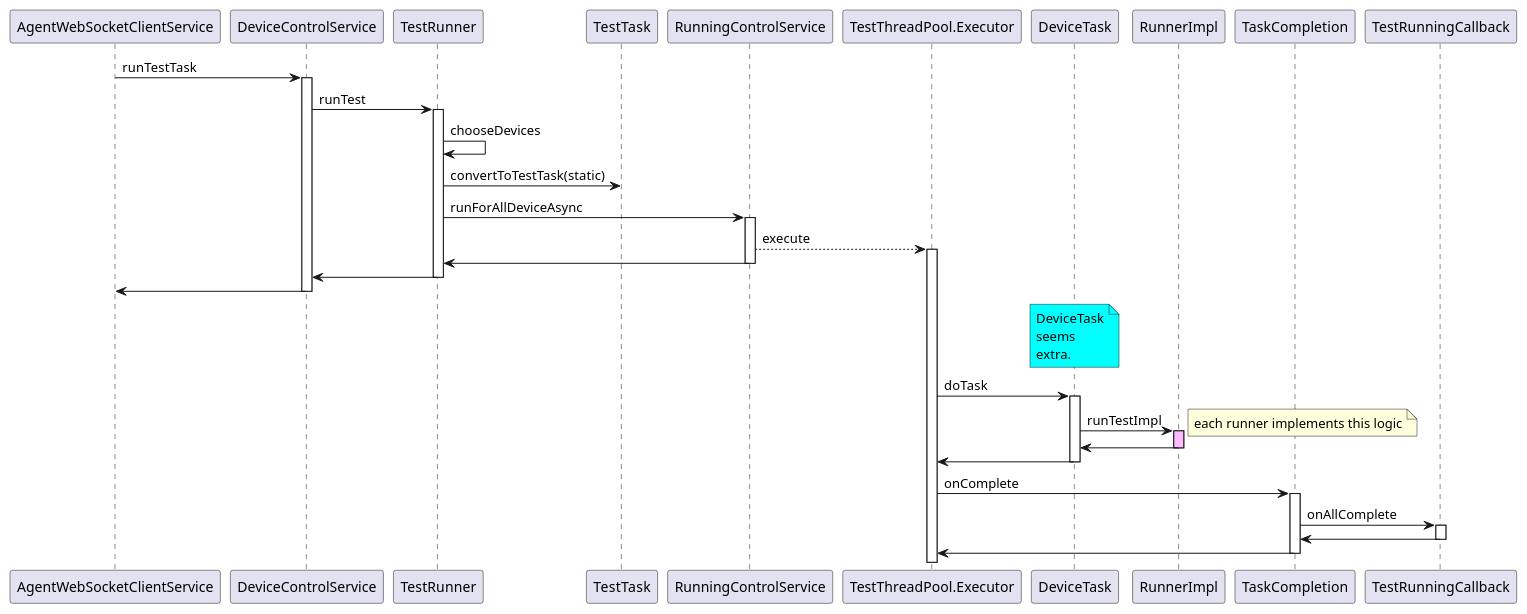
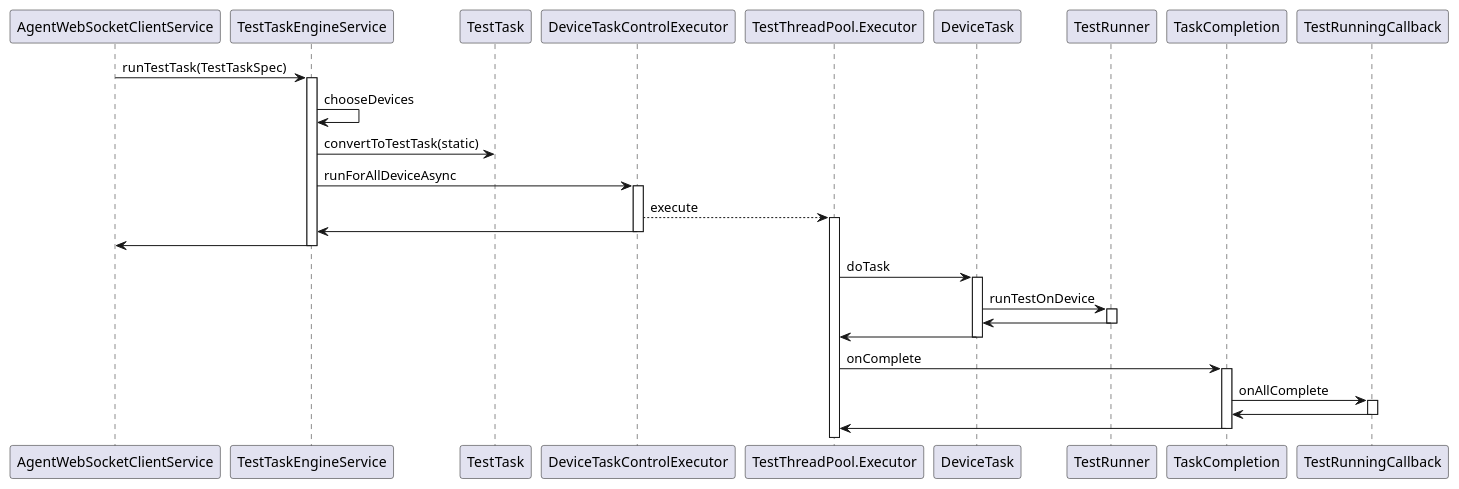
One commit to microsoft/HydraLab changed the second of 6 diagrams in agent/doc/UML/test_runner_design.puml. Above: the diagram before and after it, drawn with PlantUML. The commit also changed other lines of this file and 17 other files, not shown here.

First line of the commit message:
TestRunner refactor round 2, keep decoupling and build test lifecycle: buildDeviceTestTask -> setUp -> run -> tearDown (#181)

```diff
--- a/agent/doc/UML/test_runner_design.puml
+++ b/agent/doc/UML/test_runner_design.puml
@@ -25,57 +23,43 @@
 @startuml running_sequence
-AgentWebSocketClientService -> DeviceControlService :runTestTask
-activate DeviceControlService
+AgentWebSocketClientService -> TestTaskEngineService :runTestTask(TestTaskSpec)
+activate TestTaskEngineService
+TestTaskEngineService -> TestTaskEngineService: chooseDevices
+TestTaskEngineService -> TestTask: convertToTestTask(static)
 
-DeviceControlService -> TestRunner: runTest
-activate TestRunner
+TestTaskEngineService -> DeviceTaskControlExecutor: runForAllDeviceAsync
+activate DeviceTaskControlExecutor
 
-TestRunner -> TestRunner: chooseDevices
-TestRunner -> TestTask: convertToTestTask(static)
-TestRunner -> RunningControlService: runForAllDeviceAsync
-activate RunningControlService
 
-RunningControlService --> TestThreadPool.Executor: execute
+
+DeviceTaskControlExecutor --> TestThreadPool.Executor: execute
 activate TestThreadPool.Executor
 
-RunningControlService -> TestRunner
-deactivate RunningControlService
+DeviceTaskControlExecutor -> TestTaskEngineService
+deactivate DeviceTaskControlExecutor
 
-TestRunner -> DeviceControlService
-deactivate TestRunner
-
-DeviceControlService -> AgentWebSocketClientService
-deactivate DeviceControlService
+TestTaskEngineService -> AgentWebSocketClientService
+deactivate TestTaskEngineService
 
 participant DeviceTask
-note over DeviceTask #aqua
-DeviceTask
-seems
-extra.
-end note
-
 TestThreadPool.Executor -> DeviceTask: doTask
 activate DeviceTask
-
-DeviceTask -> RunnerImpl : runTestImpl
-activate RunnerImpl #FFBBFF
-note right: each runner implements this logic
-RunnerImpl -> DeviceTask
-deactivate RunnerImpl
-
-
+DeviceTask -> TestRunner: runTestOnDevice
+activate TestRunner
+TestRunner -> DeviceTask
+deactivate TestRunner
 DeviceTask -> TestThreadPool.Executor
 deactivate DeviceTask
 
 TestThreadPool.Executor -> TaskCompletion: onComplete
 activate TaskCompletion
 
 TaskCompletion -> TestRunningCallback: onAllComplete
 activate TestRunningCallback
 
 TestRunningCallback -> TaskCompletion
 deactivate TestRunningCallback
 
 TaskCompletion -> TestThreadPool.Executor
 deactivate TaskCompletion
 
 @enduml
```
